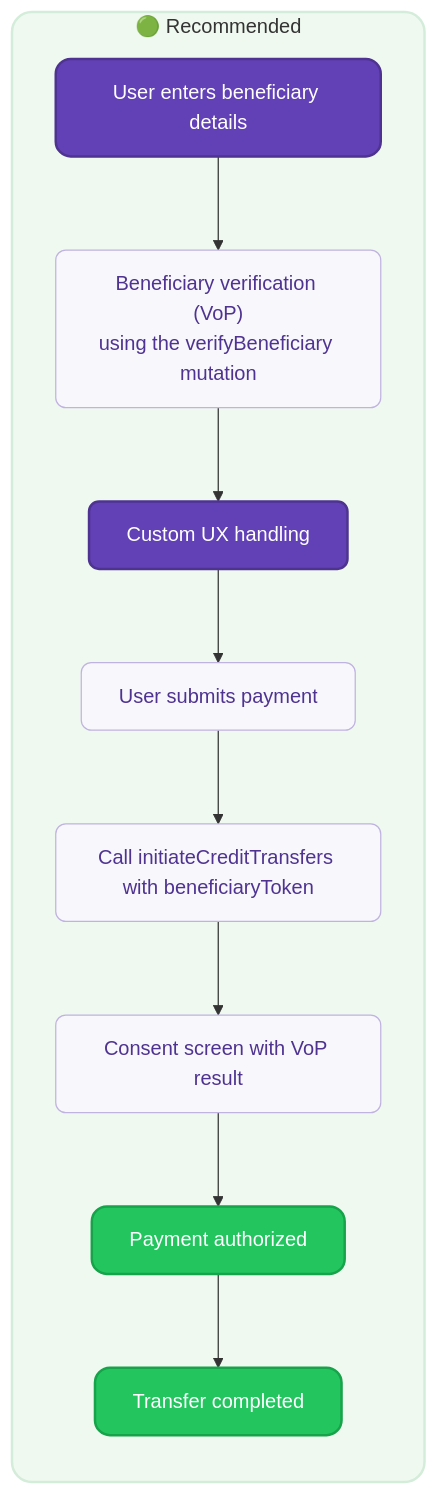
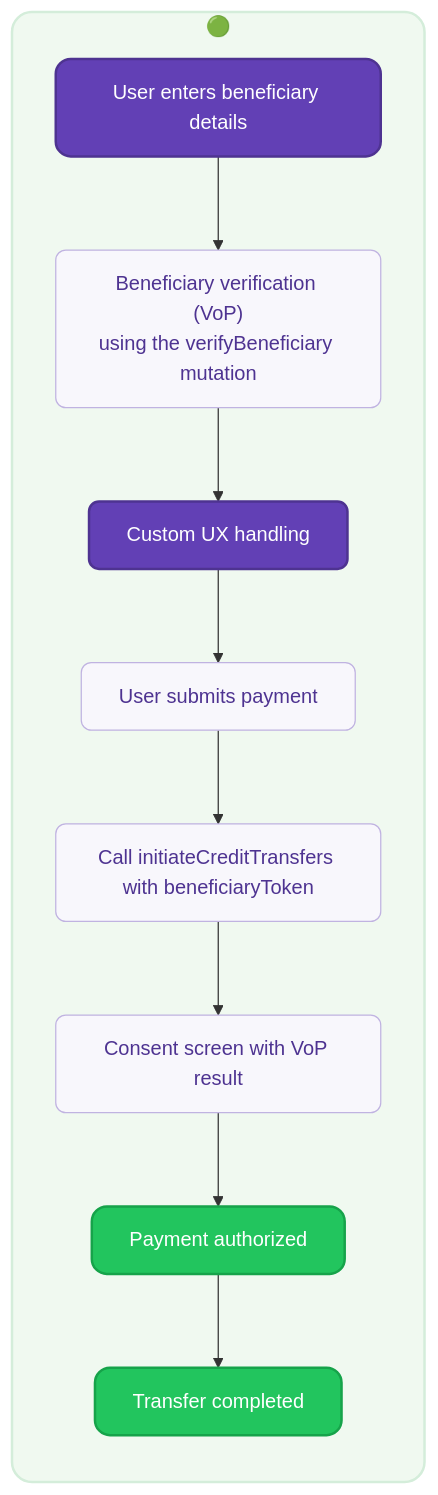
One commit to swan-io/docs changed the third of 4 diagrams in docs/preview/vop/verification-of-payee.mdx. Above: the diagram before and after it, drawn with Mermaid. The commit also changed other lines of this file, not shown here.

````diff
--- a/docs/preview/vop/verification-of-payee.mdx
+++ b/docs/preview/vop/verification-of-payee.mdx
@@ -296,28 +250,28 @@
 ```mermaid
 flowchart TD
-    subgraph Option2 ["🟢 Recommended"]
+    subgraph Option2 ["🟢"]
         direction TB
         A2["User enters beneficiary details"] --> B2["Beneficiary verification (VoP)<br/>using the verifyBeneficiary mutation"]
         B2 --> C2["Custom UX handling"]
         C2 --> D2["User submits payment"]
         D2 --> E2["Call initiateCreditTransfers with beneficiaryToken"]
         E2 --> F2["Consent screen with VoP result"]
         F2 --> G2["Payment authorized"]
         G2 --> H2["Transfer completed"]
     end
     
     classDef default fill:#ffffff,stroke:#6240b5,stroke-width:1px,color:#271a48,rx:8,ry:8
     classDef input fill:#6240b5,stroke:#4e3391,stroke-width:2px,color:#ffffff,rx:12,ry:12
     classDef process fill:#f8f7fc,stroke:#c0b3e1,stroke-width:1px,color:#4e3391,rx:8,ry:8
     classDef success fill:#22c55e,stroke:#16a34a,stroke-width:2px,color:#ffffff,rx:12,ry:12
     classDef transfer fill:#22c55e,stroke:#16a34a,stroke-width:2px,color:#ffffff,rx:12,ry:12
     classDef custom fill:#6240b5,stroke:#4e3391,stroke-width:2px,color:#ffffff,rx:8,ry:8
     classDef subgraph2 fill:#f0f9f0,stroke:#d4edda,stroke-width:2px,rx:16,ry:16
     
     class A2 input
     class B2,D2,E2,F2 process
     class C2 custom
     class G2 success
     class H2 transfer
     class Option2 subgraph2
 ```
````
